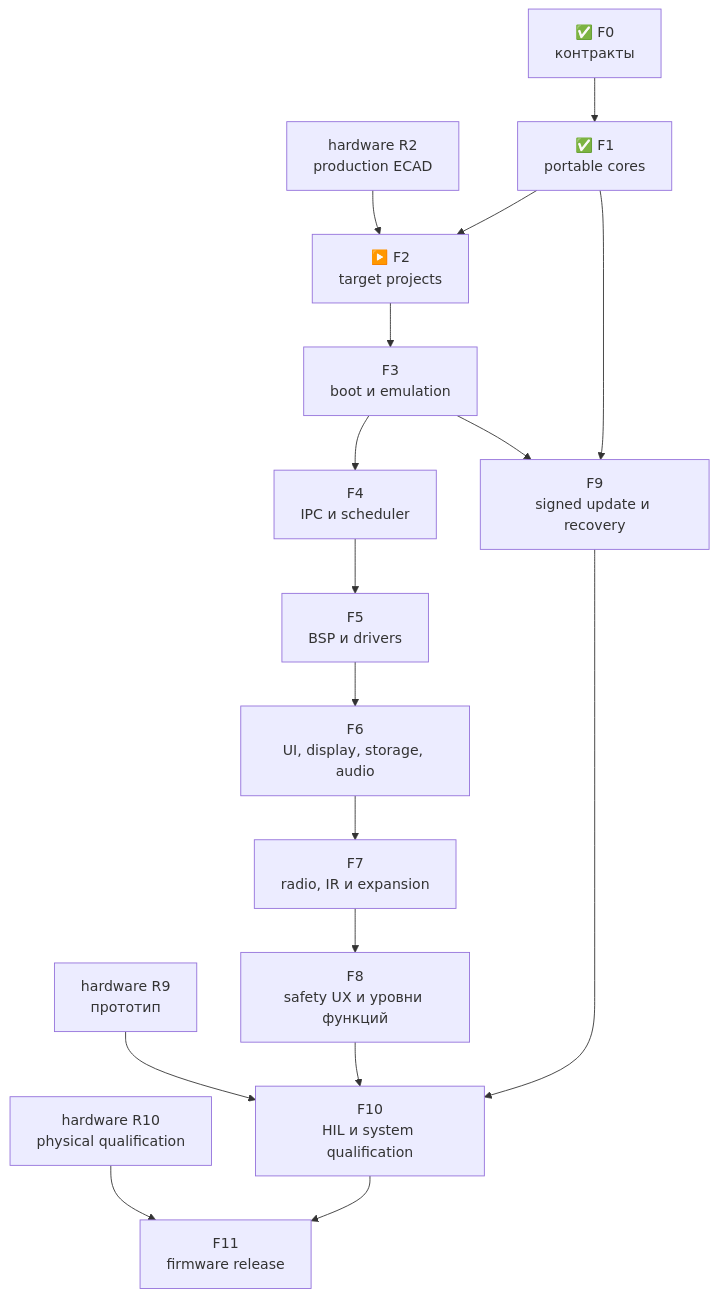
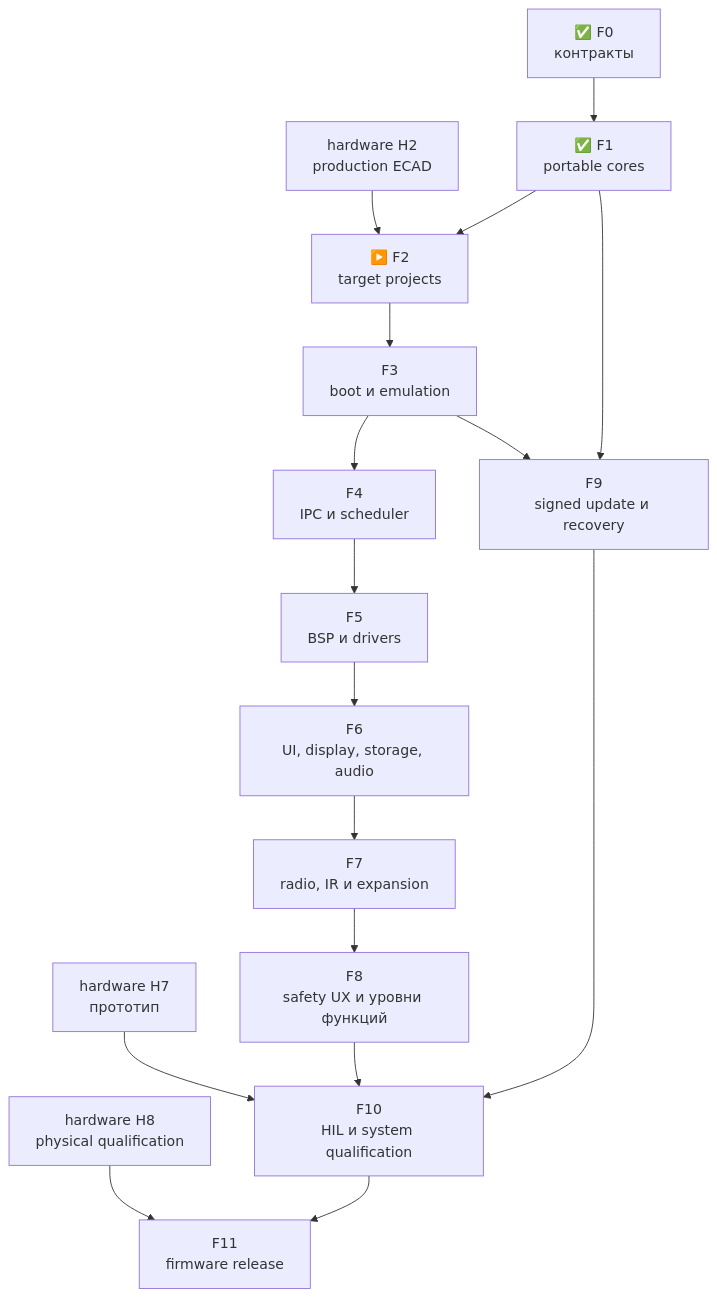
One commit to anton-vinogradov/esp32-leshy2-firmware changed the diagram in docs/roadmap.ru.md. Above: the diagram before and after it, drawn with Mermaid. The commit also changed other lines of this file and 4 other files, not shown here.

Commit message:
Align firmware roadmap with hardware stages

````diff
--- a/docs/roadmap.ru.md
+++ b/docs/roadmap.ru.md
@@ -34,25 +34,25 @@
 ```mermaid
 flowchart TD
-  H2["hardware R2<br/>production ECAD"]
-  H9["hardware R9<br/>прототип"]
-  H10["hardware R10<br/>physical qualification"]
+  H2["hardware H2<br/>production ECAD"]
+  H7["hardware H7<br/>прототип"]
+  H8["hardware H8<br/>physical qualification"]
   F0["✅ F0<br/>контракты"]
   F1["✅ F1<br/>portable cores"]
   F2["▶️ F2<br/>target projects"]
   F3["F3<br/>boot и emulation"]
   F4["F4<br/>IPC и scheduler"]
   F5["F5<br/>BSP и drivers"]
   F6["F6<br/>UI, display, storage, audio"]
   F7["F7<br/>radio, IR и expansion"]
   F8["F8<br/>safety UX и уровни функций"]
   F9["F9<br/>signed update и recovery"]
   F10["F10<br/>HIL и system qualification"]
   F11["F11<br/>firmware release"]
 
   F0 --> F1 --> F2 --> F3 --> F4 --> F5 --> F6 --> F7 --> F8 --> F10 --> F11
   F1 --> F9
   F3 --> F9 --> F10
   H2 --> F2
-  H9 --> F10
-  H10 --> F11
+  H7 --> F10
+  H8 --> F11
 ```
````
